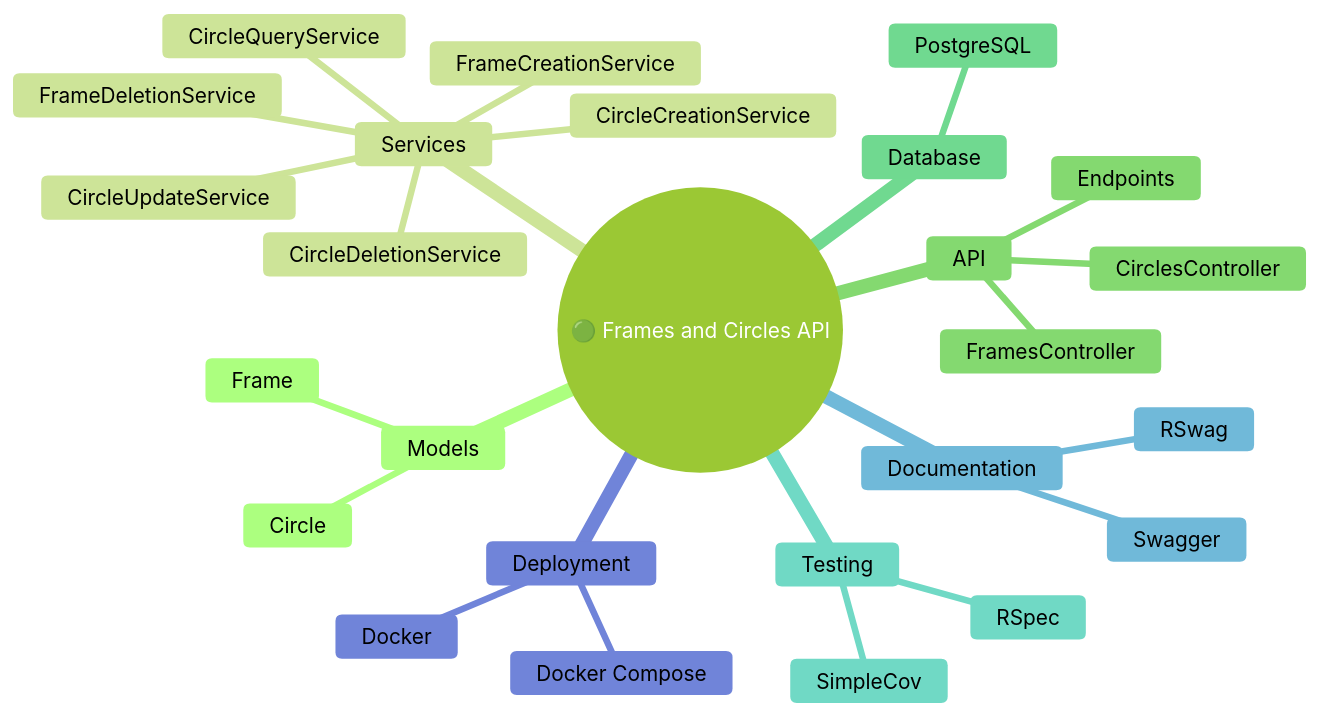
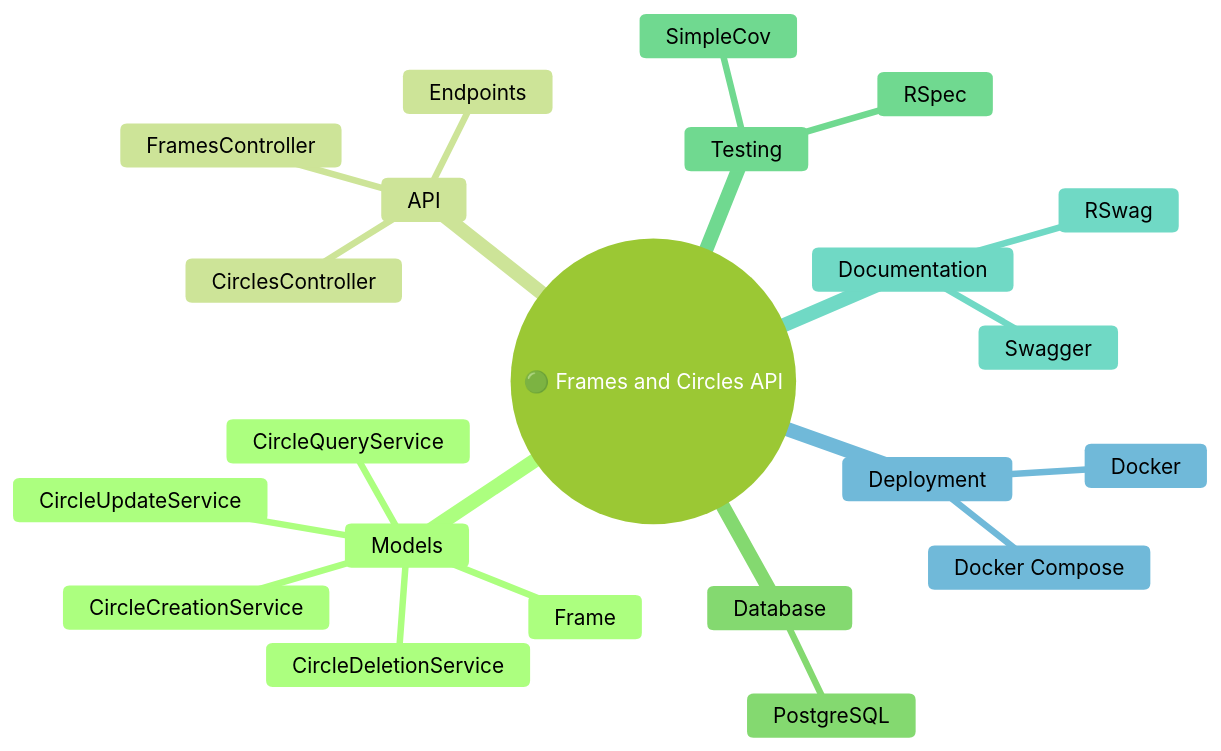
Before and after one commit to enogrob/rails_frames_and_circles_api: the fourth of 8 diagrams in README.md, drawn with Mermaid (forest theme). The commit also changed other lines of this file, not shown here.

Commit message:
update-readme

````diff
--- a/README.md
+++ b/README.md
@@ -159,30 +158,26 @@
 ```mermaid
 %% Mind Map with Pastel Colors and Emoticons
 mindmap
   root((🟢 Frames and Circles API))
     Models
       Frame
-      Circle
-    Services
-      FrameCreationService
-      FrameDeletionService
       CircleCreationService
       CircleDeletionService
       CircleQueryService
       CircleUpdateService
     API
       FramesController
       CirclesController
       Endpoints
     Database
       PostgreSQL
     Testing
       RSpec
       SimpleCov
     Documentation
       Swagger
       RSwag
     Deployment
       Docker
       Docker Compose
 ```
````
